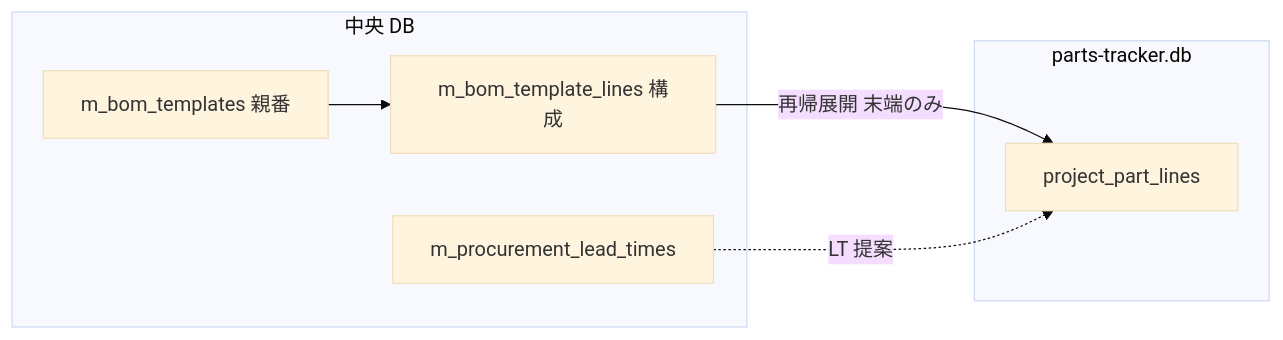
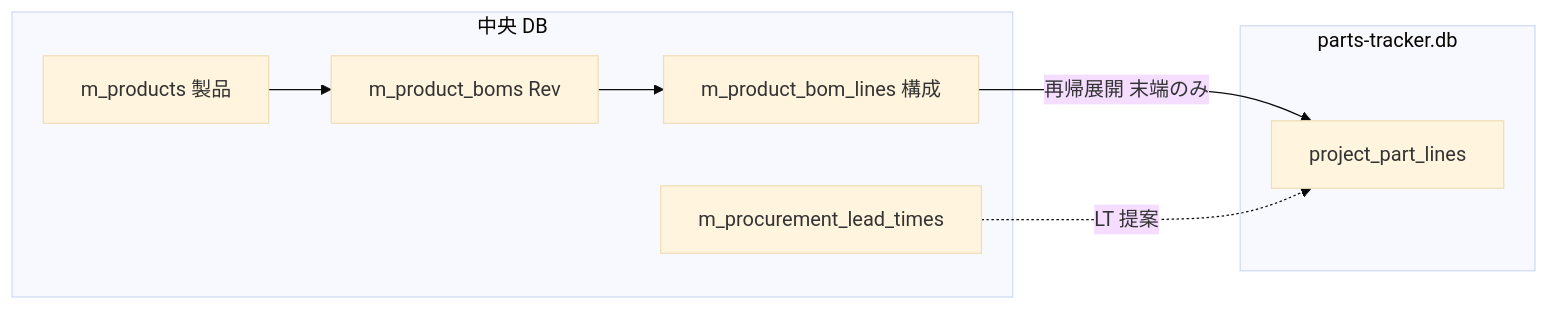
The third of 5 diagrams in docs/requirements.md (gt00111/portal), drawn with Mermaid (base theme) before and after one commit. The commit also changed other lines of this file and 25 other files, not shown here.

First line of the commit message:
部材管理 5-A-1/5-B/5-E/5-F を実装（製品 BOM・CSV 取込・手配済・Rev 差分）

````diff
--- a/docs/requirements.md
+++ b/docs/requirements.md
@@ -852,14 +840,16 @@
 ```mermaid
 flowchart LR
   subgraph central [中央 DB]
-    BT[m_bom_templates 親番]
-    BTL[m_bom_template_lines 構成]
+    PROD[m_products 製品]
+    BOM[m_product_boms Rev]
+    BOML[m_product_bom_lines 構成]
     MLT[m_procurement_lead_times]
   end
   subgraph satellite [parts-tracker.db]
     LINE[project_part_lines]
   end
-  BT --> BTL
-  BTL -->|再帰展開 末端のみ| LINE
+  PROD --> BOM
+  BOM --> BOML
+  BOML -->|再帰展開 末端のみ| LINE
   MLT -.->|LT 提案| LINE
 ```
````
